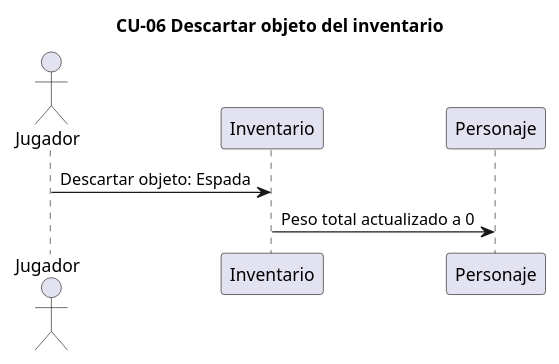
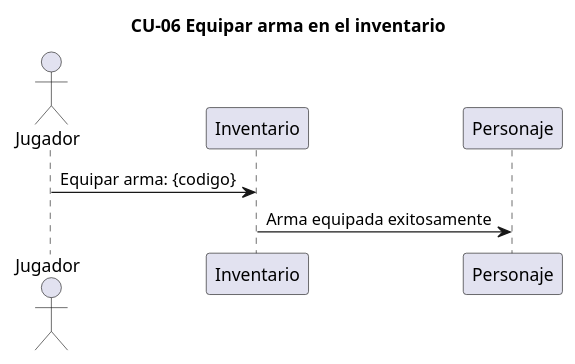
Before and after one commit to Samuel-uxn/analisis-final-g02: the diagram in salida/diagramas/04_secuencia_CU-06.puml, drawn with PlantUML. The commit also changed 21 other files, not shown here.

```diff
--- a/salida/diagramas/04_secuencia_CU-06.puml
+++ b/salida/diagramas/04_secuencia_CU-06.puml
@@ -1,10 +1,10 @@
 @startuml
 ' Generado por spec2code. Es una PROPUESTA del pipeline: audítala contra la spec.
-title CU-06 Descartar objeto del inventario
+title CU-06 Equipar arma en el inventario
 actor "Jugador" as P1
 participant "Inventario" as P2
 participant "Personaje" as P3
 
-P1 -> P2 : Descartar objeto: Espada
-P2 -> P3 : Peso total actualizado a 0
+P1 -> P2 : Equipar arma: {codigo}
+P2 -> P3 : Arma equipada exitosamente
 @enduml
```
